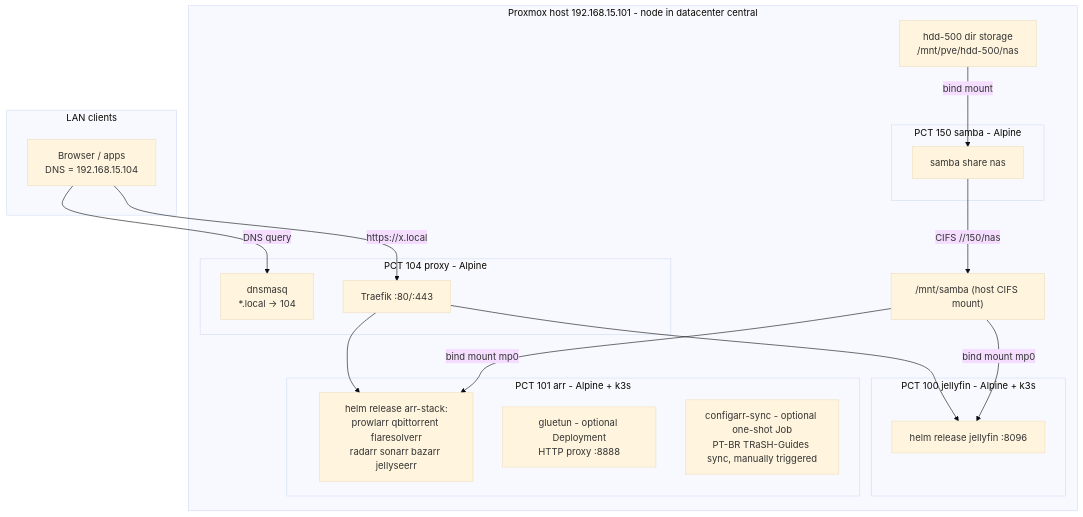
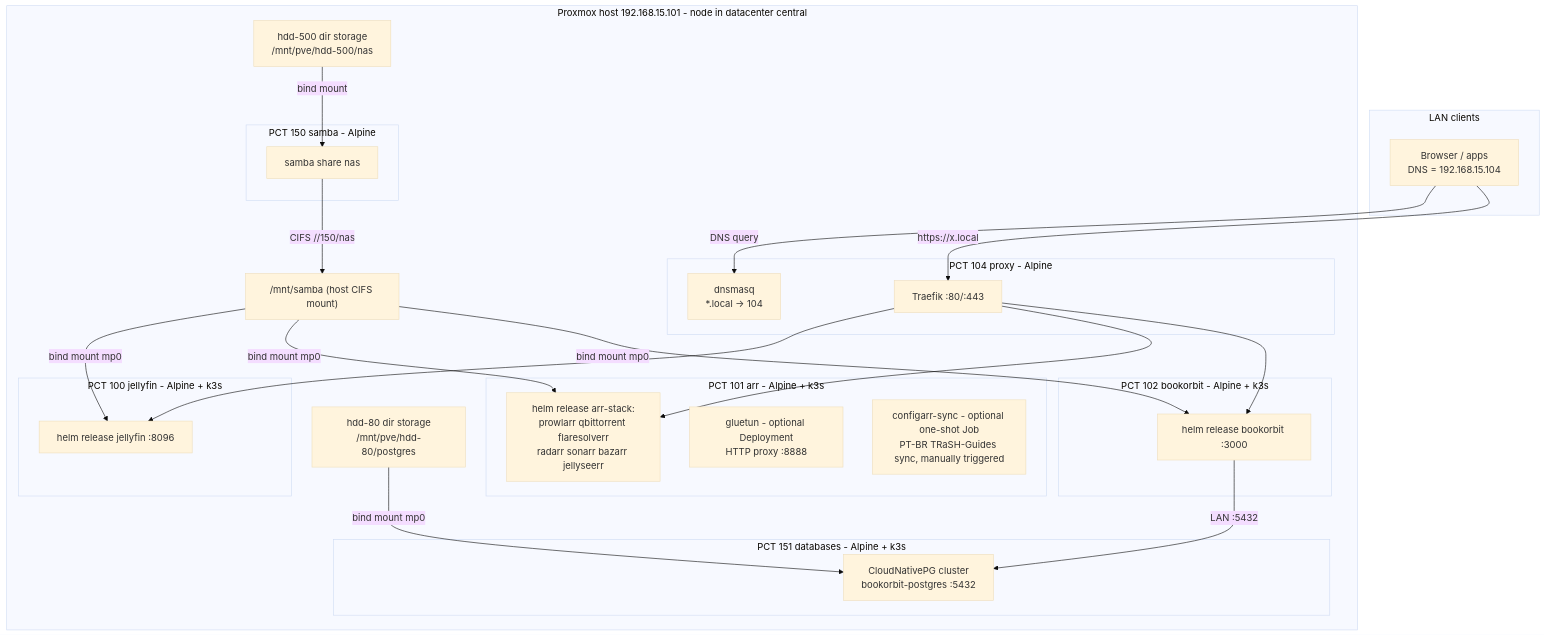
The diagram in .kiro/specs/homelab-foundation/design.md (YtaloWill/homelab-infra), drawn with Mermaid (base theme) before and after one commit. The commit also changed other lines of this file and 8 other files, not shown here.

````diff
--- a/.kiro/specs/homelab-foundation/design.md
+++ b/.kiro/specs/homelab-foundation/design.md
@@ -13,33 +13,44 @@
 ```mermaid
 flowchart TB
     subgraph LAN clients
         C[Browser / apps<br/>DNS = 192.168.15.104]
     end
     subgraph PVE[Proxmox host 192.168.15.101 - node in datacenter central]
         subgraph P104[PCT 104 proxy - Alpine]
             DNS[dnsmasq<br/>*.local -> 104]
             TR[Traefik :80/:443]
         end
         subgraph P100[PCT 100 jellyfin - Alpine + k3s]
             JF[helm release jellyfin :8096]
         end
         subgraph P101[PCT 101 arr - Alpine + k3s]
             AR[helm release arr-stack:<br/>prowlarr qbittorrent flaresolverr<br/>radarr sonarr bazarr jellyseerr]
             GL[gluetun - optional Deployment<br/>HTTP proxy :8888]
             CF[configarr-sync - optional one-shot Job<br/>PT-BR TRaSH-Guides sync, manually triggered]
         end
         subgraph P150[PCT 150 samba - Alpine]
             SMB[samba share nas]
         end
+        subgraph P102[PCT 102 bookorbit - Alpine + k3s]
+            BO[helm release bookorbit :3000]
+        end
+        subgraph P151[PCT 151 databases - Alpine + k3s]
+            PG[CloudNativePG cluster<br/>bookorbit-postgres :5432]
+        end
         HM["/mnt/samba (host CIFS mount)"]
         HDD["hdd-500 dir storage<br/>/mnt/pve/hdd-500/nas"]
+        HDD80["hdd-80 dir storage<br/>/mnt/pve/hdd-80/postgres"]
     end
     C -->|DNS query| DNS
     C -->|https://x.local| TR
     TR --> JF
     TR --> AR
+    TR --> BO
     HDD -->|bind mount| SMB
     SMB -->|CIFS //150/nas| HM
     HM -->|bind mount mp0| JF
     HM -->|bind mount mp0| AR
+    HM -->|bind mount mp0| BO
+    HDD80 -->|bind mount mp0| PG
+    BO -->|LAN :5432| PG
 ```
````
